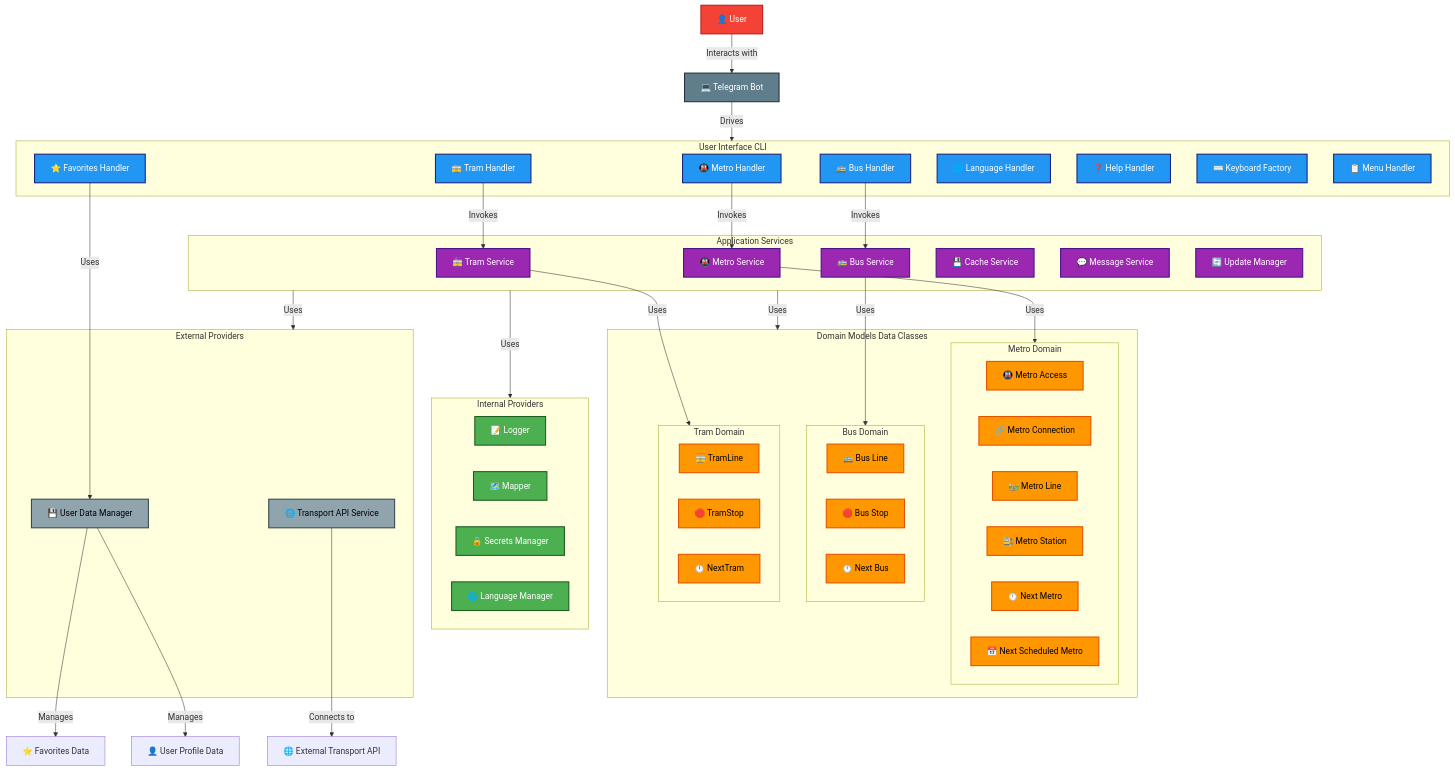
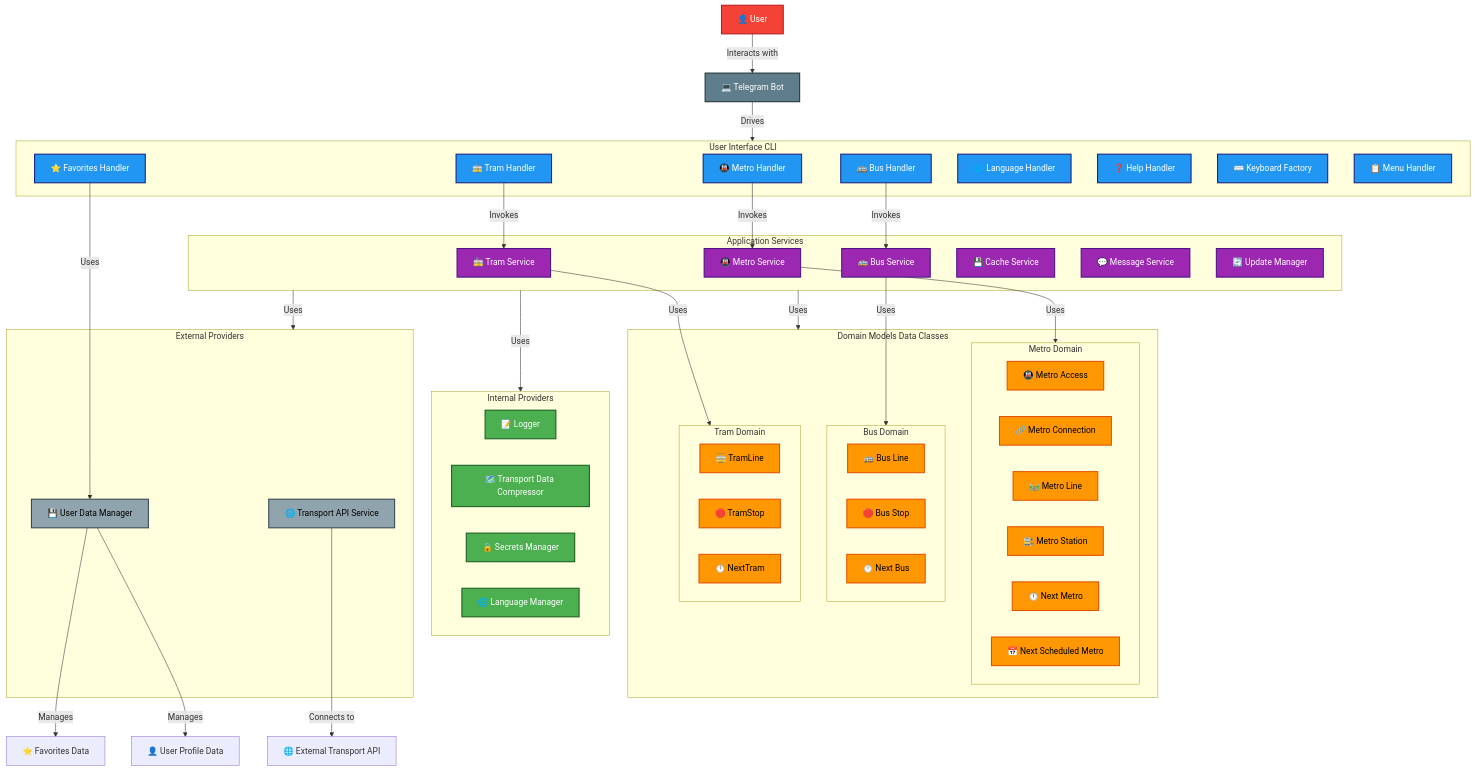
One commit to mg-diego/BCN-Transit-Bot changed the diagram in README.md. Above: the diagram before and after it, drawn with Mermaid. The commit also changed 22 other files, not shown here.

```diff
--- a/README.md
+++ b/README.md
@@ -119,7 +119,7 @@
     %% Providers
     subgraph Internal["Internal Providers"]
         L["📝 Logger"]
-        M["🗺️ Mapper"]
+        M["🗺️ Transport Data Compressor"]
         SM["🔒 Secrets Manager"]
         LM["🌐 Language Manager"]
     end
```
